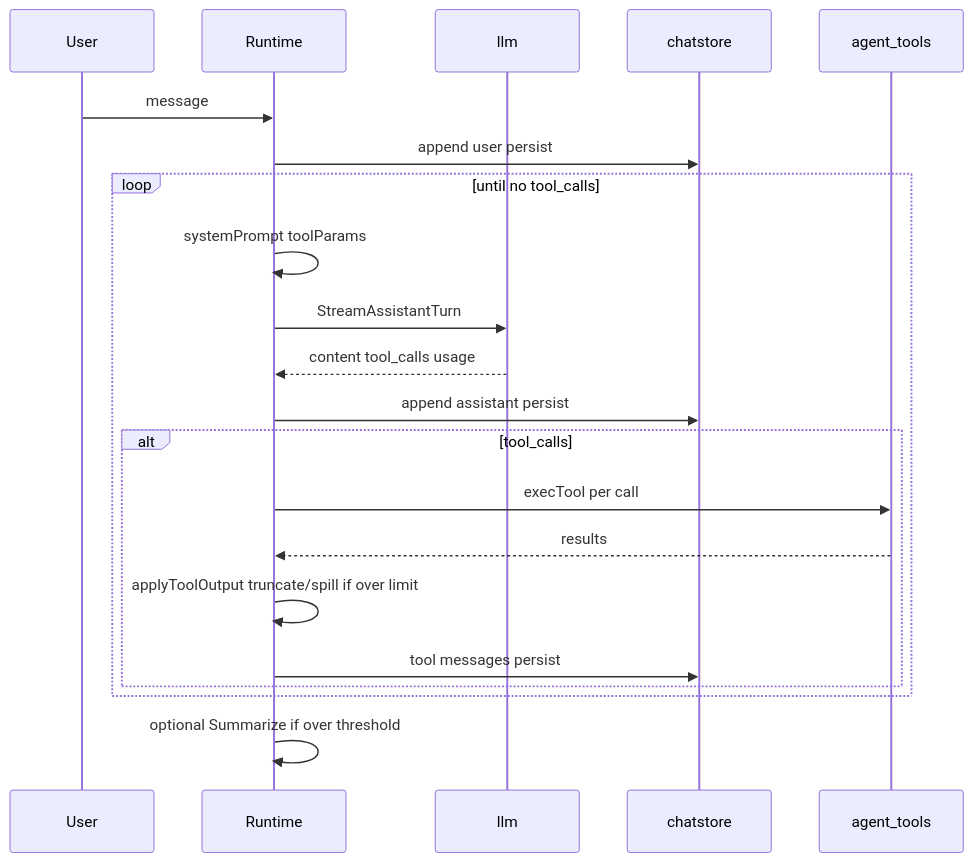
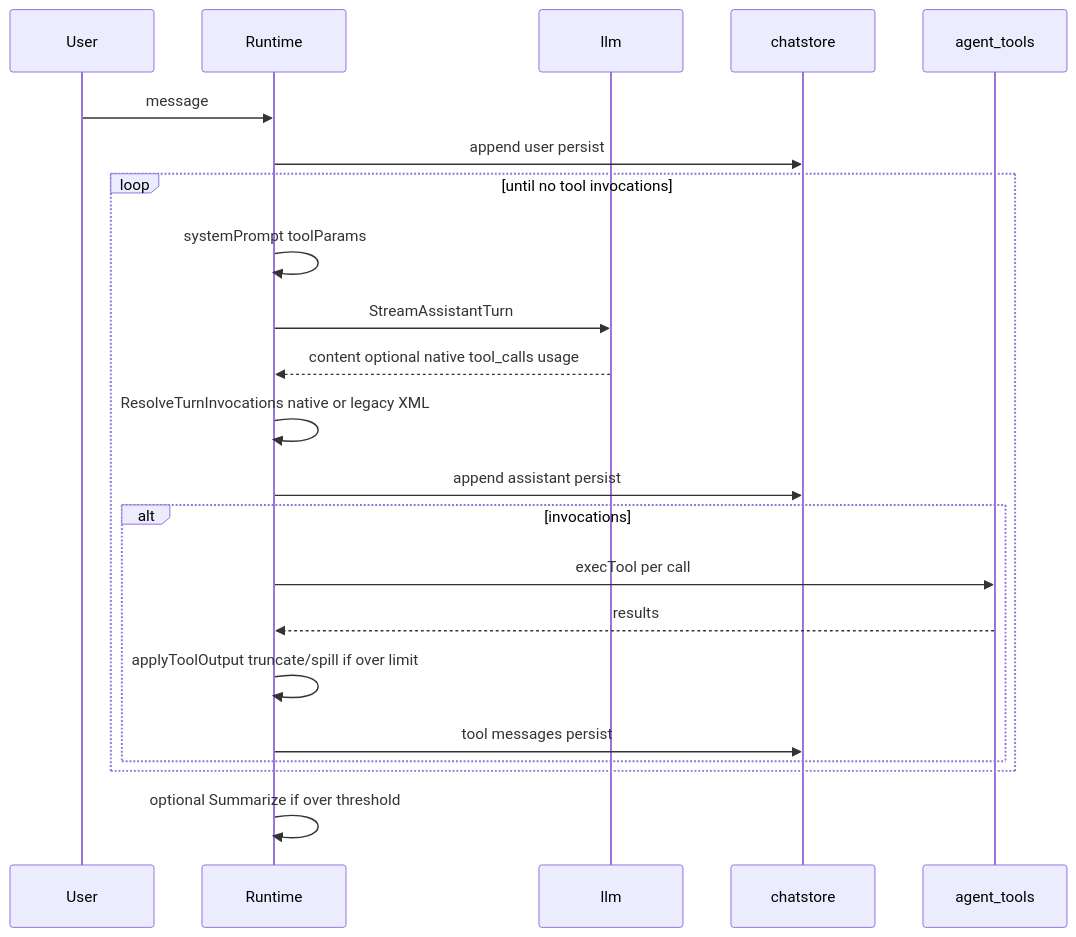
Before and after one commit to SAPPHIR3-ROS3/Solomon: the diagram in docs/architecture/agent-turn-pipeline.md, drawn with Mermaid. The commit also changed other lines of this file and 38 other files, not shown here.

Commit message:
Add legacy XML tool calling with config, streaming parser, and docs.

````diff
--- a/docs/architecture/agent-turn-pipeline.md
+++ b/docs/architecture/agent-turn-pipeline.md
@@ -36,24 +39,25 @@
 ```mermaid
 sequenceDiagram
   participant User
   participant RT as Runtime
   participant LLM as llm
   participant Store as chatstore
   participant Tools as agent_tools
 
   User->>RT: message
   RT->>Store: append user persist
-  loop until no tool_calls
+  loop until no tool invocations
     RT->>RT: systemPrompt toolParams
     RT->>LLM: StreamAssistantTurn
-    LLM-->>RT: content tool_calls usage
+    LLM-->>RT: content optional native tool_calls usage
+    RT->>RT: ResolveTurnInvocations native or legacy XML
     RT->>Store: append assistant persist
-    alt tool_calls
+    alt invocations
       RT->>Tools: execTool per call
       Tools-->>RT: results
       RT->>RT: applyToolOutput truncate/spill if over limit
       RT->>Store: tool messages persist
     end
   end
   RT->>RT: optional Summarize if over threshold
 ```
````
